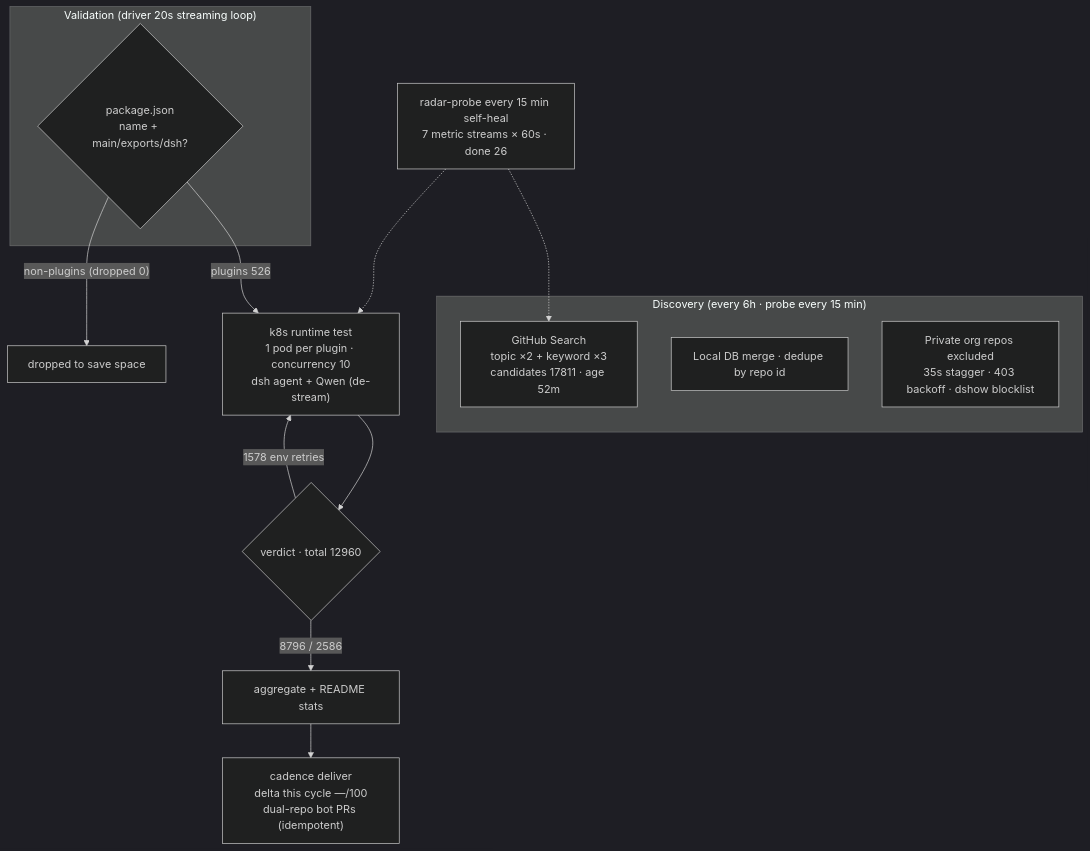
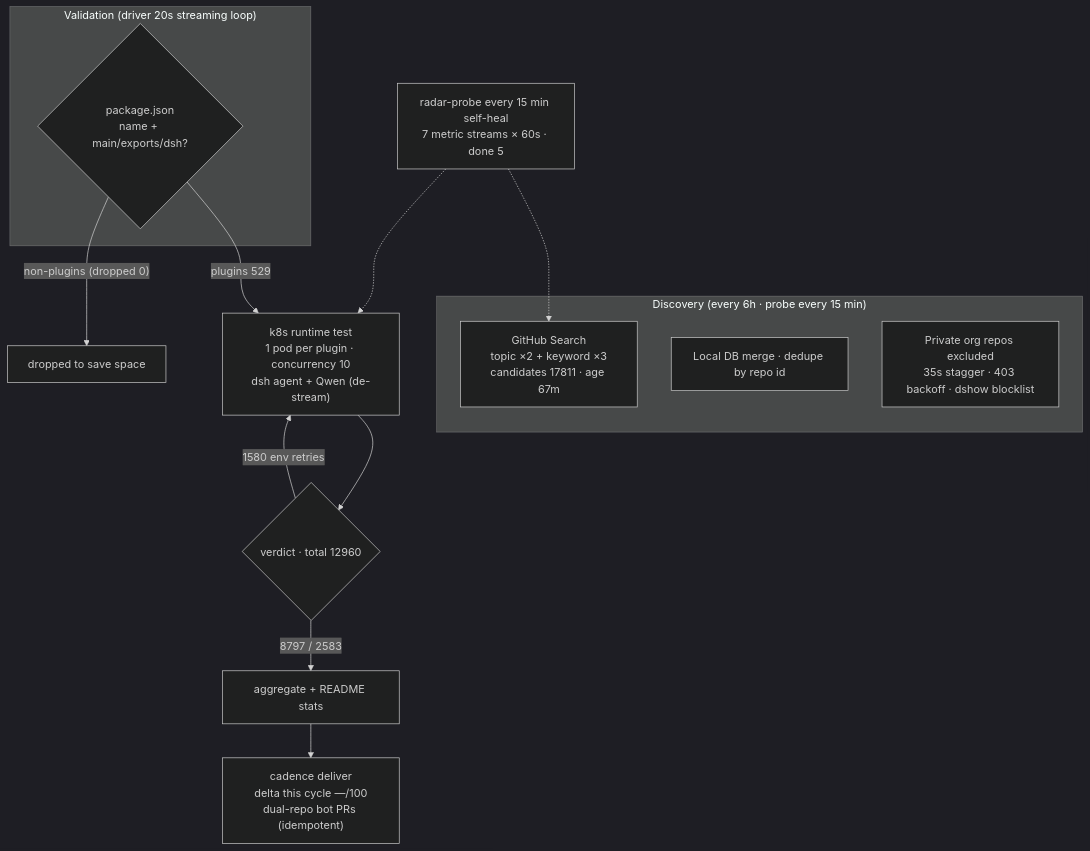
Before and after one commit to AdamPlatin123/awesome-dsh-plugins: the diagram in README.en-US.md, drawn with Mermaid (dark theme). The commit also changed other lines of this file and 5 other files, not shown here.

````diff
--- a/README.en-US.md
+++ b/README.en-US.md
@@ -45,20 +45,20 @@
 ```mermaid
 flowchart TB
     subgraph Discovery["Discovery (every 6h · probe every 15 min)"]
-        A1["GitHub Search<br/>topic ×2 + keyword ×3<br/>candidates 17811 · age 52m"]
+        A1["GitHub Search<br/>topic ×2 + keyword ×3<br/>candidates 17811 · age 67m"]
         A2["Local DB merge · dedupe by repo id"]
         A3["Private org repos excluded<br/>35s stagger · 403 backoff · dshow blocklist"]
     end
     subgraph Validation["Validation (driver 20s streaming loop)"]
         B1{"package.json<br/>name + main/exports/dsh?"}
     end
-    B1 -->|"plugins 526"| C1["k8s runtime test<br/>1 pod per plugin · concurrency 10<br/>dsh agent + Qwen (de-stream)"]
+    B1 -->|"plugins 529"| C1["k8s runtime test<br/>1 pod per plugin · concurrency 10<br/>dsh agent + Qwen (de-stream)"]
     B1 -->|"non-plugins (dropped 0)"| B3["dropped to save space"]
     C1 --> D1{"verdict · total 12960"}
-    D1 -->|"8796 / 2586"| E1["aggregate + README stats"]
-    D1 -->|"1578 env retries"| C1
+    D1 -->|"8797 / 2583"| E1["aggregate + README stats"]
+    D1 -->|"1580 env retries"| C1
     E1 --> E2["cadence deliver<br/>delta this cycle —/100<br/>dual-repo bot PRs (idempotent)"]
-    M["radar-probe every 15 min self-heal<br/>7 metric streams × 60s · done 26"]
+    M["radar-probe every 15 min self-heal<br/>7 metric streams × 60s · done 5"]
     M -.-> A1
     M -.-> C1
 ```
````
